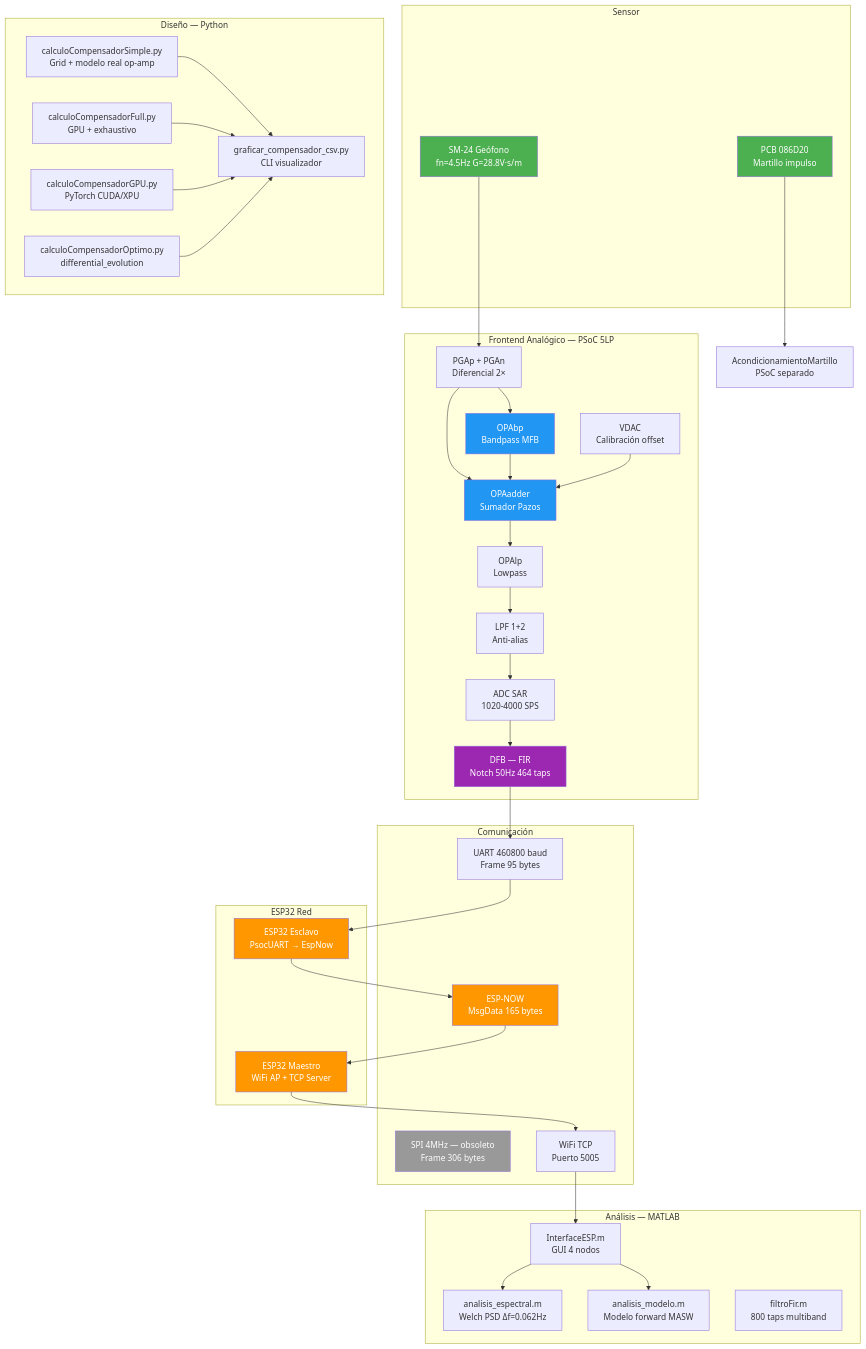
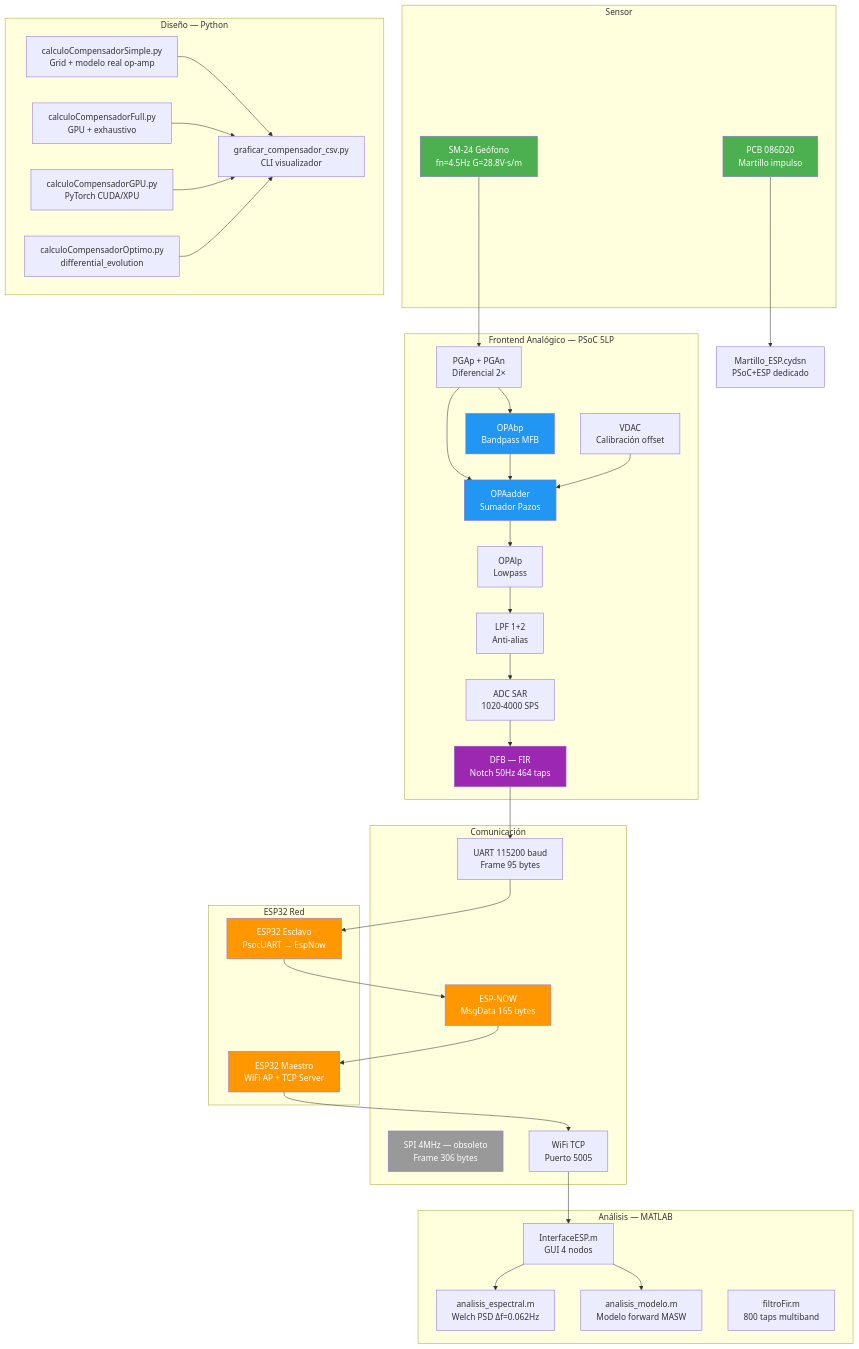
Before and after one commit to simplementeUnPorito/Tesis: the third of 6 diagrams in Obsidian Vault/Notes/bitacora/ANALISIS_PROYECTO.md, drawn with Mermaid. The commit also changed other lines of this file and 3 other files, not shown here.

Commit message:
bitacora: entradas 2026-06-03 y 2026-06-04 — beacon fix, VER store-and-forward, Martillo_ESP

````diff
--- a/Obsidian Vault/Notes/bitacora/ANALISIS_PROYECTO.md
+++ b/Obsidian Vault/Notes/bitacora/ANALISIS_PROYECTO.md
@@ -78,80 +86,80 @@
 ```mermaid
 graph TB
     subgraph "Sensor"
         SM24[SM-24 Geófono<br/>fn=4.5Hz G=28.8V·s/m]
         Martillo[PCB 086D20<br/>Martillo impulso]
     end
     
     subgraph "Frontend Analógico — PSoC 5LP"
         PGApn[PGAp + PGAn<br/>Diferencial 2×]
         OPAbp[OPAbp<br/>Bandpass MFB]
         OPAadder[OPAadder<br/>Sumador Pazos]
         OPAlp[OPAlp<br/>Lowpass]
         LPF[LPF 1+2<br/>Anti-alias]
         ADC[ADC SAR<br/>1020-4000 SPS]
         DFB[DFB — FIR<br/>Notch 50Hz 464 taps]
         VDAC[VDAC<br/>Calibración offset]
     end
     
     subgraph "Comunicación"
-        UART[UART 460800 baud<br/>Frame 95 bytes]
+        UART[UART 115200 baud<br/>Frame 95 bytes]
         SPI_old[SPI 4MHz — obsoleto<br/>Frame 306 bytes]
         ESPNOW[ESP-NOW<br/>MsgData 165 bytes]
         TCP[WiFi TCP<br/>Puerto 5005]
     end
     
     subgraph "ESP32 Red"
         Slave[ESP32 Esclavo<br/>PsocUART → EspNow]
         Master[ESP32 Maestro<br/>WiFi AP + TCP Server]
     end
     
     subgraph "Análisis — MATLAB"
         Scope[InterfaceESP.m<br/>GUI 4 nodos]
         Espectral[analisis_espectral.m<br/>Welch PSD Δf=0.062Hz]
         Modelo[analisis_modelo.m<br/>Modelo forward MASW]
         FIR[filtroFir.m<br/>800 taps multiband]
     end
     
     subgraph "Diseño — Python"
         Simple[calculoCompensadorSimple.py<br/>Grid + modelo real op-amp]
         Full[calculoCompensadorFull.py<br/>GPU + exhaustivo]
         GPU[calculoCompensadorGPU.py<br/>PyTorch CUDA/XPU]
         Optimo[calculoCompensadorOptimo.py<br/>differential_evolution]
         Graf[graficar_compensador_csv.py<br/>CLI visualizador]
     end
     
     SM24 --> PGApn
-    Martillo --> AcondMartillo[AcondicionamientoMartillo<br/>PSoC separado]
+    Martillo --> MartilloESP[Martillo_ESP.cydsn<br/>PSoC+ESP dedicado]
     PGApn --> OPAbp
     PGApn --> OPAadder
     OPAbp --> OPAadder
     OPAadder --> OPAlp
     OPAlp --> LPF
     LPF --> ADC
     ADC --> DFB
     VDAC --> OPAadder
     DFB --> UART
     UART --> Slave
     Slave --> ESPNOW
     ESPNOW --> Master
     Master --> TCP
     TCP --> Scope
     
     Simple --> Graf
     Full --> Graf
     GPU --> Graf
     Optimo --> Graf
     
     Scope --> Espectral
     Scope --> Modelo
     
     style SM24 fill:#4CAF50,color:#fff
     style Martillo fill:#4CAF50,color:#fff
     style OPAbp fill:#2196F3,color:#fff
     style OPAadder fill:#2196F3,color:#fff
     style DFB fill:#9C27B0,color:#fff
     style ESPNOW fill:#FF9800,color:#fff
     style Master fill:#FF9800,color:#fff
     style Slave fill:#FF9800,color:#fff
     style SPI_old fill:#999,color:#fff
 ```
````
